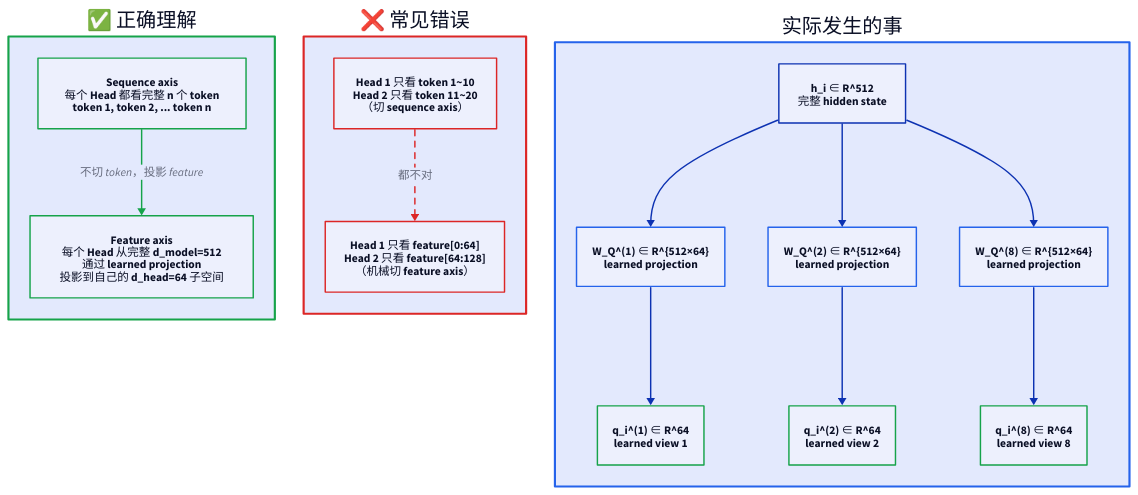
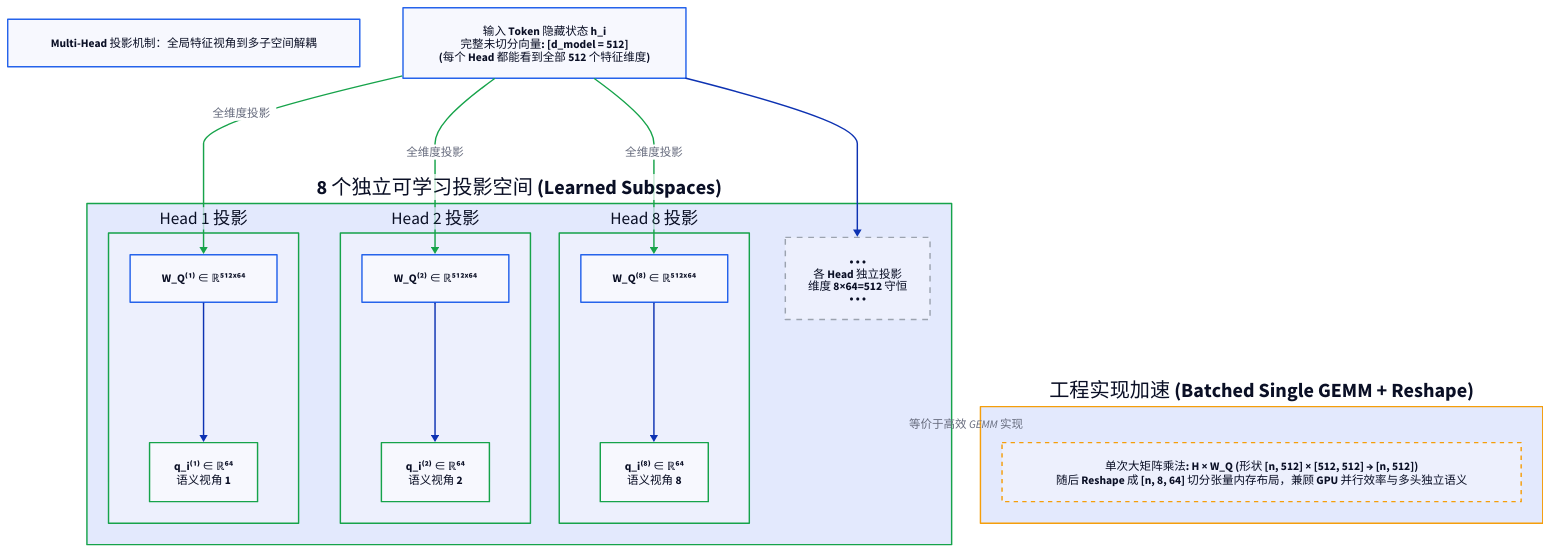
One commit to 111qqz/111qqz.github.io changed the diagram in images/multi-head-attention/axis-clarification.d2. Above: the diagram before and after it, drawn with D2. The commit also changed 512 other files, not shown here.

Commit message:
fix(images): 同步概率密度配图精简并更新图片清册 111qqz/hugo-blog@1e605b2ee9908b4a5846f8919189ce75324d62b7

```diff
--- a/images/multi-head-attention/axis-clarification.d2
+++ b/images/multi-head-attention/axis-clarification.d2
@@ -1,78 +1,67 @@
 direction: down
 
-correct: "✅ 正确理解" {
+title: "Multi-Head 投影机制：全局特征视角到多子空间解耦" {
   style.bold: true
+  style.stroke-width: 2
+  style.stroke: "#2563eb"
+}
+
+input_node: "输入 Token 隐藏状态 h_i\n完整未切分向量: [d_model = 512]\n(每个 Head 都能看到全部 512 个特征维度)" {
+  style.stroke: "#2563eb"
+  style.stroke-width: 2
+  style.bold: true
+}
+
+heads: "8 个独立可学习投影空间 (Learned Subspaces)" {
   style.stroke: "#16a34a"
-  style.stroke-width: 3
+  style.stroke-width: 2
+  style.bold: true
+  direction: right
 
-  seq: "Sequence axis\n每个 Head 都看完整 n 个 token\ntoken 1, token 2, ... token n" {
+  h1: "Head 1 投影" {
     style.stroke: "#16a34a"
-    style.stroke-width: 2
-    style.bold: true
+    w1: "W_Q⁽¹⁾ ∈ ℝ⁵¹²ˣ⁶⁴" {style.stroke: "#2563eb"}
+    q1: "q_i⁽¹⁾ ∈ ℝ⁶⁴\n语义视角 1" {style.stroke: "#16a34a"; style.bold: true}
+    w1 -> q1
   }
 
-  feat: "Feature axis\n每个 Head 从完整 d_model=512\n通过 learned projection\n投影到自己的 d_head=64 子空间" {
+  h2: "Head 2 投影" {
     style.stroke: "#16a34a"
-    style.stroke-width: 2
-    style.bold: true
+    w2: "W_Q⁽²⁾ ∈ ℝ⁵¹²ˣ⁶⁴" {style.stroke: "#2563eb"}
+    q2: "q_i⁽²⁾ ∈ ℝ⁶⁴\n语义视角 2" {style.stroke: "#16a34a"; style.bold: true}
+    w2 -> q2
   }
 
-  seq -> feat: "不切 token，投影 feature" {
+  dots: "• • •\n各 Head 独立投影\n维度 8×64=512 守恒\n• • •" {
+    style.stroke-dash: 4
+    style.stroke: "#9ca3af"
+  }
+
+  h8: "Head 8 投影" {
     style.stroke: "#16a34a"
+    w8: "W_Q⁽⁸⁾ ∈ ℝ⁵¹²ˣ⁶⁴" {style.stroke: "#2563eb"}
+    q8: "q_i⁽⁸⁾ ∈ ℝ⁶⁴\n语义视角 8" {style.stroke: "#16a34a"; style.bold: true}
+    w8 -> q8
   }
 }
 
-wrong: "❌ 常见错误" {
+impl: "工程实现加速 (Batched Single GEMM + Reshape)" {
+  style.stroke: "#f59e0b"
+  style.stroke-width: 2
   style.bold: true
-  style.stroke: "#dc2626"
-  style.stroke-width: 3
 
-  wrong1: "Head 1 只看 token 1~10\nHead 2 只看 token 11~20\n（切 sequence axis）" {
-    style.stroke: "#dc2626"
-    style.stroke-width: 2
-  }
-
-  wrong2: "Head 1 只看 feature[0:64]\nHead 2 只看 feature[64:128]\n（机械切 feature axis）" {
-    style.stroke: "#dc2626"
-    style.stroke-width: 2
-  }
-
-  wrong1 -> wrong2: "都不对" {
-    style.stroke: "#dc2626"
-    style.stroke-dash: 4
+  gemm: "单次大矩阵乘法: H × W_Q (形状 [n, 512] × [512, 512] → [n, 512])\n随后 Reshape 成 [n, 8, 64] 切分张量内存布局，兼顾 GPU 并行效率与多头独立语义" {
+    style.stroke: "#f59e0b"
+    style.stroke-dash: 3
   }
 }
 
-real: "实际发生的事" {
-  style.bold: true
-  style.stroke: "#2563eb"
-  style.stroke-width: 3
+input_node -> heads.h1.w1: "全维度投影" {style.stroke: "#16a34a"}
+input_node -> heads.h2.w2: "全维度投影" {style.stroke: "#16a34a"}
+input_node -> heads.dots
+input_node -> heads.h8.w8: "全维度投影" {style.stroke: "#16a34a"}
 
-  h: "h_i ∈ R^512\n完整 hidden state" {
-    style.bold: true
-  }
-
-  p1: "W_Q^(1) ∈ R^{512×64}\nlearned projection" {
-    style.stroke: "#2563eb"
-  }
-  p2: "W_Q^(2) ∈ R^{512×64}\nlearned projection" {
-    style.stroke: "#2563eb"
-  }
-  p8: "W_Q^(8) ∈ R^{512×64}\nlearned projection" {
-    style.stroke: "#2563eb"
-  }
-
-  q1: "q_i^(1) ∈ R^64\nlearned view 1" {
-    style.stroke: "#16a34a"
-  }
-  q2: "q_i^(2) ∈ R^64\nlearned view 2" {
-    style.stroke: "#16a34a"
-  }
-  q8: "q_i^(8) ∈ R^64\nlearned view 8" {
-    style.stroke: "#16a34a"
-  }
-
-  h -> p1 -> q1
-  h -> p2 -> q2
-  h -> p8 -> q8
+heads -> impl: "等价于高效 GEMM 实现" {
+  style.stroke: "#f59e0b"
+  style.stroke-dash: 4
 }
```
